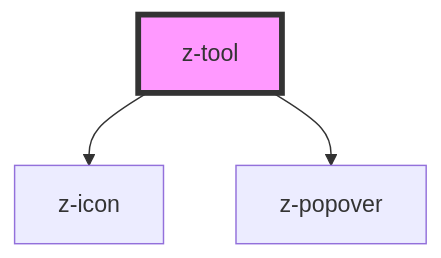
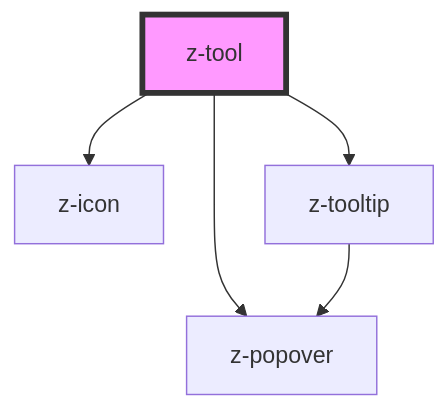
One commit to ZanichelliEditore/design-system changed the diagram in src/components/z-tool/readme.md. Above: the diagram before and after it, drawn with Mermaid. The commit also changed other lines of this file and 20 other files, not shown here.

````diff
--- a/src/components/z-tool/readme.md
+++ b/src/components/z-tool/readme.md
@@ -47,6 +62,8 @@
 ```mermaid
 graph TD;
   z-tool --> z-icon
+  z-tool --> z-tooltip
   z-tool --> z-popover
+  z-tooltip --> z-popover
   style z-tool fill:#f9f,stroke:#333,stroke-width:4px
 ```
````
